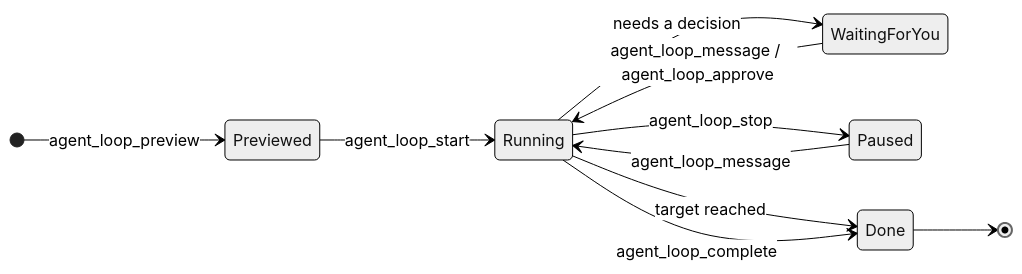
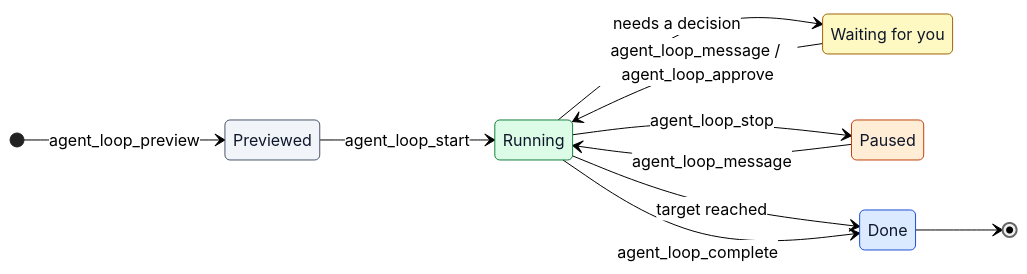
One commit to Composabl/amesa-agents changed the third of 3 diagrams in README.md. Above: the diagram before and after it, drawn with Mermaid (neutral theme). The commit also changed other lines of this file, not shown here.

First line of the commit message:
Restyle README diagrams to match the domain-graph doc styling

````diff
--- a/README.md
+++ b/README.md
@@ -403,13 +421,31 @@
 ```mermaid
 stateDiagram-v2
-    direction LR
-    [*] --> Previewed: agent_loop_preview
-    Previewed --> Running: agent_loop_start
-    Running --> WaitingForYou: needs a decision
-    WaitingForYou --> Running: agent_loop_message / agent_loop_approve
-    Running --> Paused: agent_loop_stop
-    Paused --> Running: agent_loop_message
-    Running --> Done: target reached
-    Running --> Done: agent_loop_complete
-    Done --> [*]
+  direction LR
+  Previewed: Previewed
+  Running: Running
+  WaitingForYou: Waiting for you
+  Paused: Paused
+  Done: Done
+
+  [*] --> Previewed: agent_loop_preview
+  Previewed --> Running: agent_loop_start
+  Running --> WaitingForYou: needs a decision
+  WaitingForYou --> Running: agent_loop_message / agent_loop_approve
+  Running --> Paused: agent_loop_stop
+  Paused --> Running: agent_loop_message
+  Running --> Done: target reached
+  Running --> Done: agent_loop_complete
+  Done --> [*]
+
+  classDef preview fill:#f1f5f9,stroke:#475569,color:#0f172a
+  classDef active fill:#dcfce7,stroke:#15803d,color:#0f172a
+  classDef waiting fill:#fef9c3,stroke:#a16207,color:#0f172a
+  classDef paused fill:#ffedd5,stroke:#c2410c,color:#0f172a
+  classDef finished fill:#dbeafe,stroke:#1d4ed8,color:#0f172a
+
+  class Previewed preview
+  class Running active
+  class WaitingForYou waiting
+  class Paused paused
+  class Done finished
 ```
````
